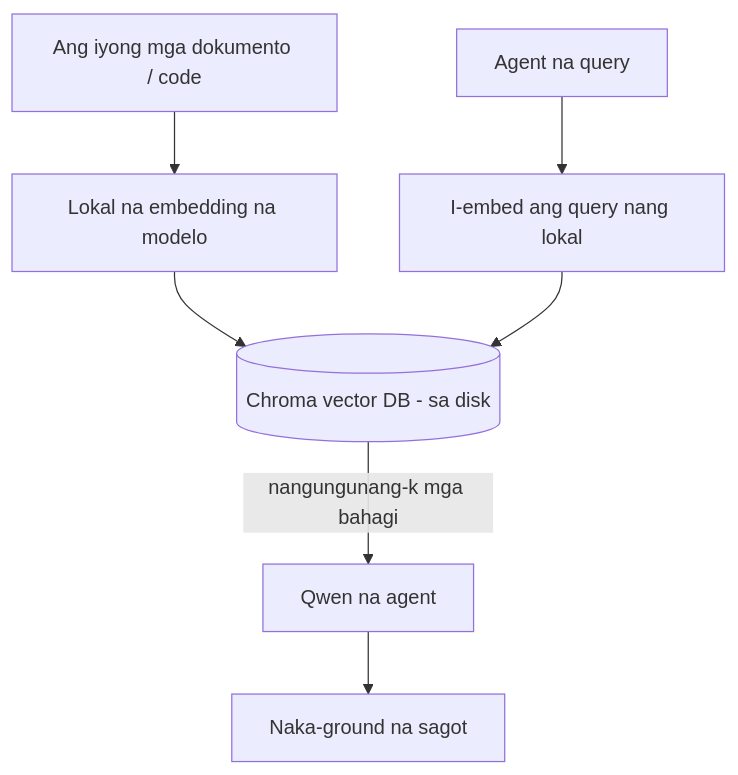
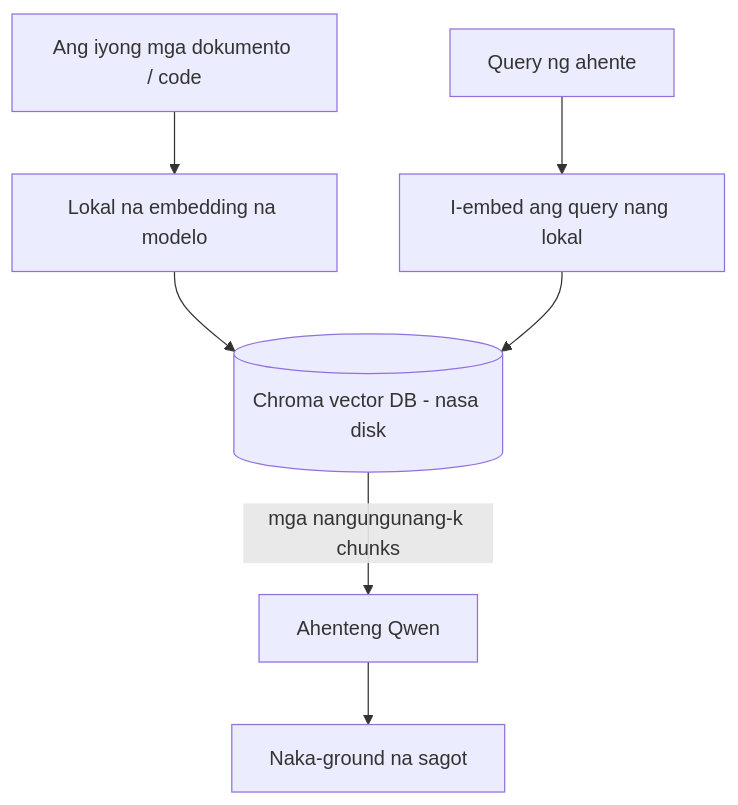
One commit to gabrielmoreira/agent-skills-mirror changed the third of 4 diagrams in mirrors/repos/microsoft@ai-agents-for-beginners/translations/tl/17-creating-local-ai-agents/README.md. Above: the diagram before and after it, drawn with Mermaid. The commit also changed other lines of this file and 4262 other files, not shown here.

````diff
--- a/mirrors/repos/microsoft@ai-agents-for-beginners/translations/tl/17-creating-local-ai-agents/README.md
+++ b/mirrors/repos/microsoft@ai-agents-for-beginners/translations/tl/17-creating-local-ai-agents/README.md
@@ -125,9 +125,9 @@
 ```mermaid
 flowchart TB
     D[Ang iyong mga dokumento / code] --> E[Lokal na embedding na modelo]
-    E --> V[(Chroma vector DB - sa disk)]
-    Q[Agent na query] --> QE[I-embed ang query nang lokal]
+    E --> V[(Chroma vector DB - nasa disk)]
+    Q[Query ng ahente] --> QE[I-embed ang query nang lokal]
     QE --> V
-    V -->|nangungunang-k mga bahagi| A[Qwen na agent]
+    V -->|mga nangungunang-k chunks| A[Ahenteng Qwen]
     A --> Ans[Naka-ground na sagot]
 ```
````
